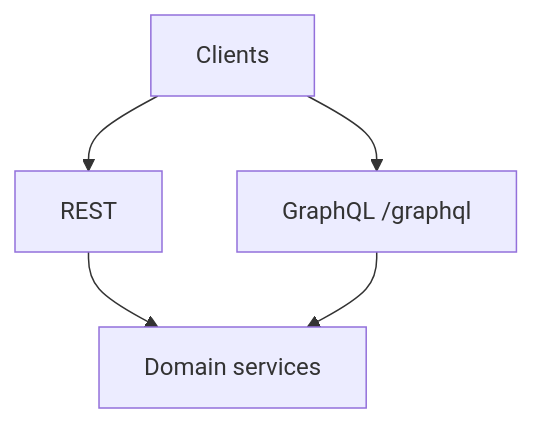
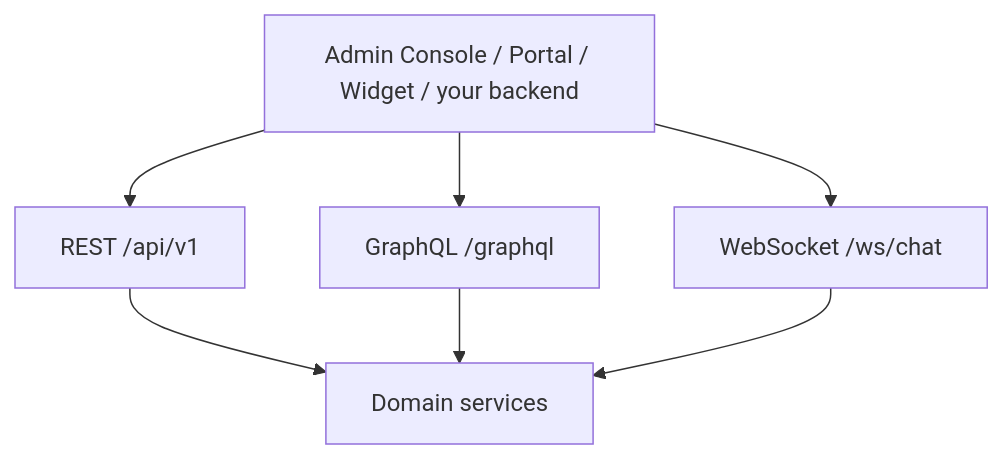
One commit to qefro-ai/qefro-documentation changed the diagram in docs/api/rest-apis.mdx. Above: the diagram before and after it, drawn with Mermaid. The commit also changed other lines of this file and 3 other files, not shown here.

First line of the commit message:
Deepen REST API and Authentication reference from live routes.

````diff
--- a/docs/api/rest-apis.mdx
+++ b/docs/api/rest-apis.mdx
@@ -71,7 +36,10 @@
 ```mermaid
 flowchart TB
-  Clients --> REST
-  Clients --> GQL[GraphQL /graphql]
+  Clients[Admin Console / Portal / Widget / your backend]
+  Clients --> REST["REST /api/v1"]
+  Clients --> GQL["GraphQL /graphql"]
+  Clients --> WS["WebSocket /ws/chat"]
   REST --> Services[Domain services]
   GQL --> Services
+  WS --> Services
 ```
````
